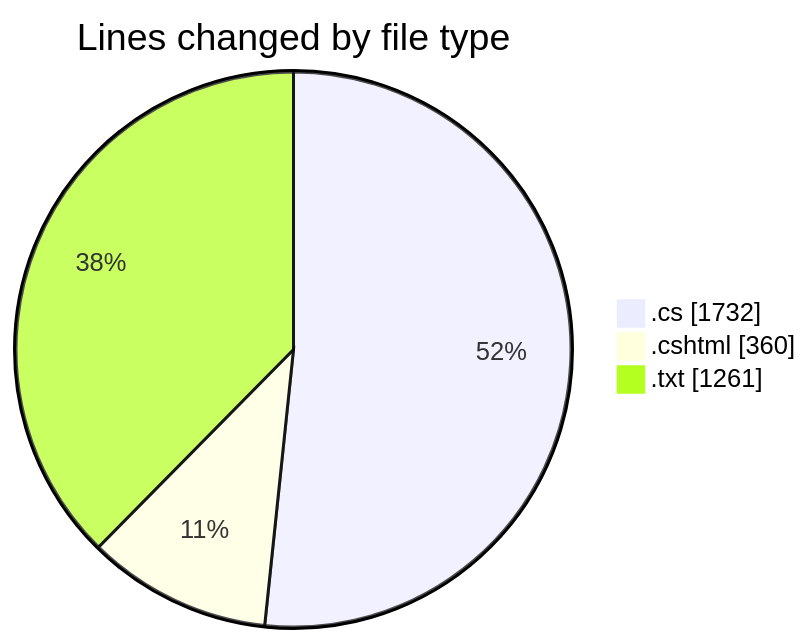
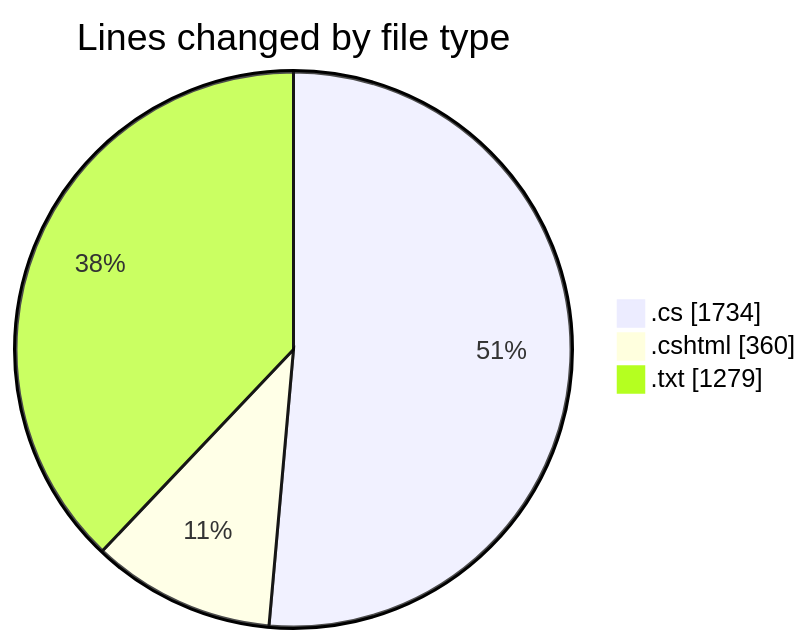
The first of 2 diagrams in 2025-07-24/quanlyrapchieuphim-1/README.md (lephambinh05/code-tracking), drawn with Mermaid before and after one commit. The commit also changed other lines of this file and 1 other file, not shown here.

````diff
--- a/2025-07-24/quanlyrapchieuphim-1/README.md
+++ b/2025-07-24/quanlyrapchieuphim-1/README.md
@@ -27,7 +27,7 @@
 ```mermaid
 pie showData
 title Lines changed by file type
-".cs" : 1732
+".cs" : 1734
 ".cshtml" : 360
-".txt" : 1261
+".txt" : 1279
 ```
````
